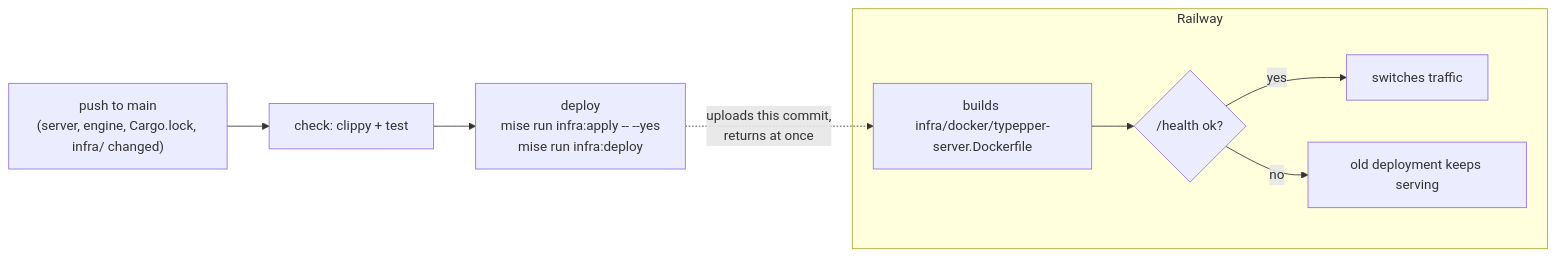
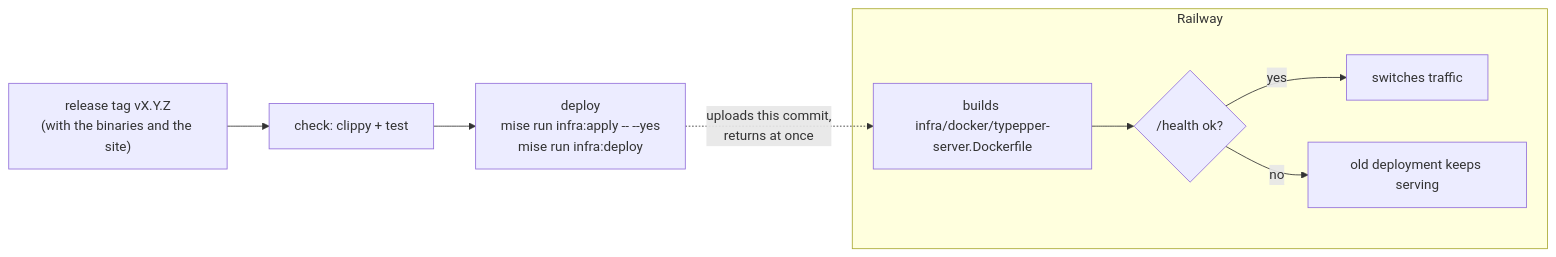
One commit to dylanmoerland/typepper changed the second of 2 diagrams in docs/online.md. Above: the diagram before and after it, drawn with Mermaid. The commit also changed other lines of this file and 2 other files, not shown here.

First line of the commit message:
deploy-production: deploy with each release tag, like the site (#15)

````diff
--- a/docs/online.md
+++ b/docs/online.md
@@ -53,11 +53,11 @@
 ```mermaid
 flowchart LR
-  P["push to main<br/>(server, engine, Cargo.lock, infra/ changed)"] --> C["check: clippy + test"]
+  P["release tag vX.Y.Z<br/>(with the binaries and the site)"] --> C["check: clippy + test"]
   C --> D["deploy<br/>mise run infra:apply -- --yes<br/>mise run infra:deploy"]
   D -. "uploads this commit,<br/>returns at once" .-> RB
   subgraph railway["Railway"]
     RB["builds infra/docker/typepper-server.Dockerfile"] --> HC{"/health ok?"}
     HC -- yes --> LIVE["switches traffic"]
     HC -- no --> OLD["old deployment keeps serving"]
   end
 ```
````
